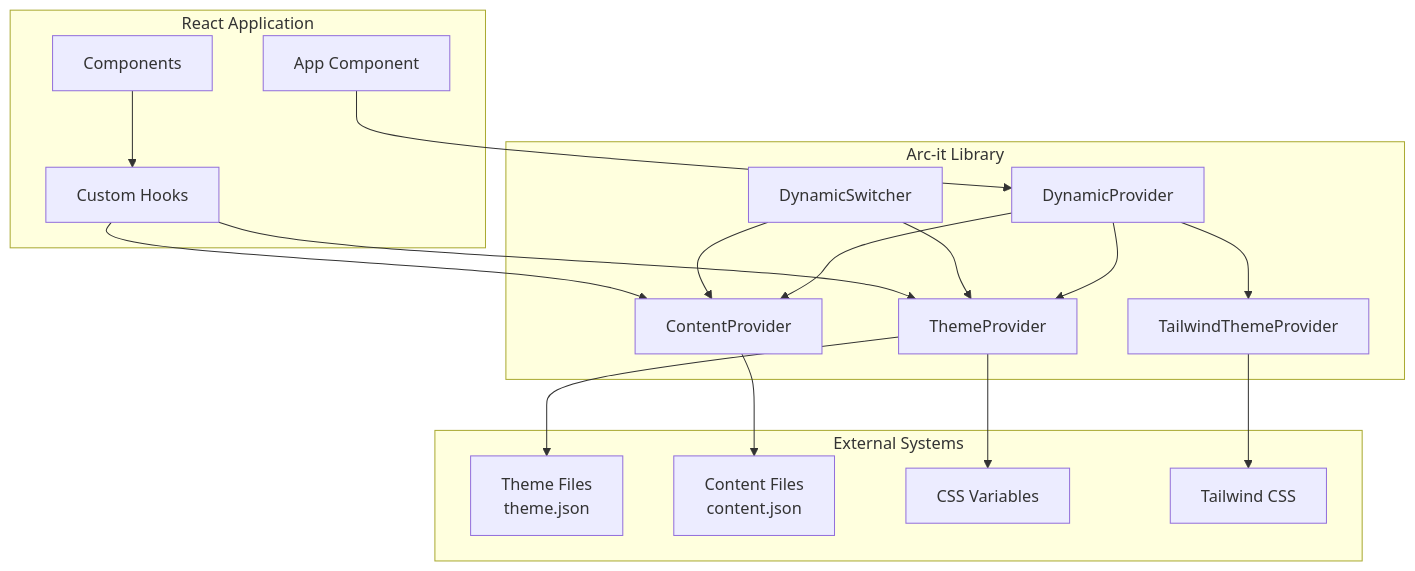
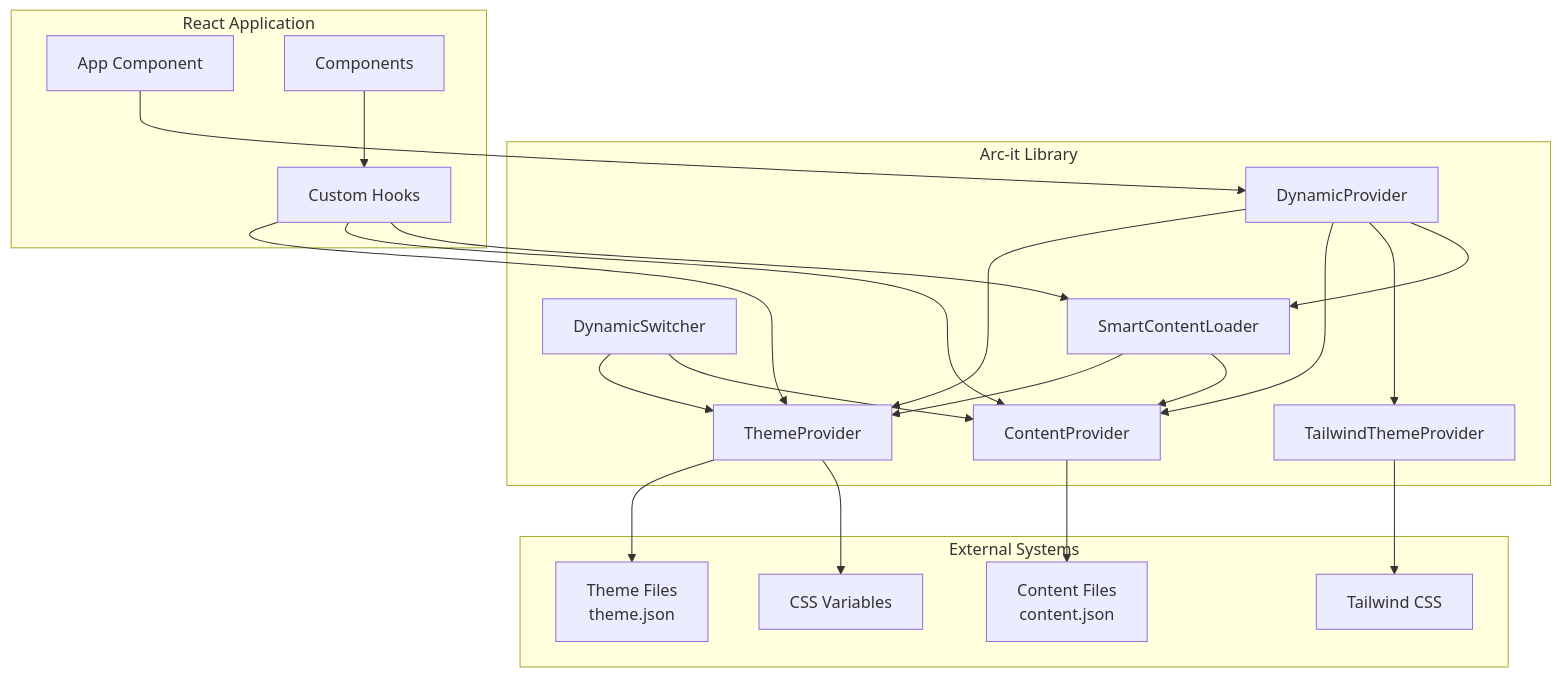
One commit to AahrbitX/Arc-it changed the first of 21 diagrams in ARCHITECTURE.md. Above: the diagram before and after it, drawn with Mermaid. The commit also changed other lines of this file and 7 other files, not shown here.

Commit message:
Update all documentation for Arc-it 1.1.0 with Smart Content Loading features

````diff
--- a/ARCHITECTURE.md
+++ b/ARCHITECTURE.md
@@ -30,37 +31,42 @@
 ```mermaid
 graph TB
     subgraph "Arc-it Library"
         DP[DynamicProvider]
         TP[ThemeProvider]
         CP[ContentProvider]
         TTP[TailwindThemeProvider]
         DS[DynamicSwitcher]
+        SCL[SmartContentLoader]
     end
     
     subgraph "External Systems"
         TF[Theme Files<br/>theme.json]
         CF[Content Files<br/>content.json]
         CSS[CSS Variables]
         TW[Tailwind CSS]
     end
     
     subgraph "React Application"
         APP[App Component]
         COMP[Components]
         HOOKS[Custom Hooks]
     end
     
     DP --> TP
     DP --> CP
     DP --> TTP
+    DP --> SCL
     TP --> TF
     CP --> CF
     TP --> CSS
     TTP --> TW
     DS --> TP
     DS --> CP
+    SCL --> TP
+    SCL --> CP
     APP --> DP
     COMP --> HOOKS
     HOOKS --> TP
     HOOKS --> CP
+    HOOKS --> SCL
 ```
````
